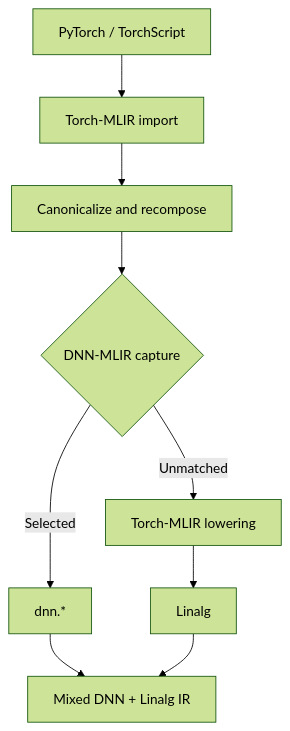
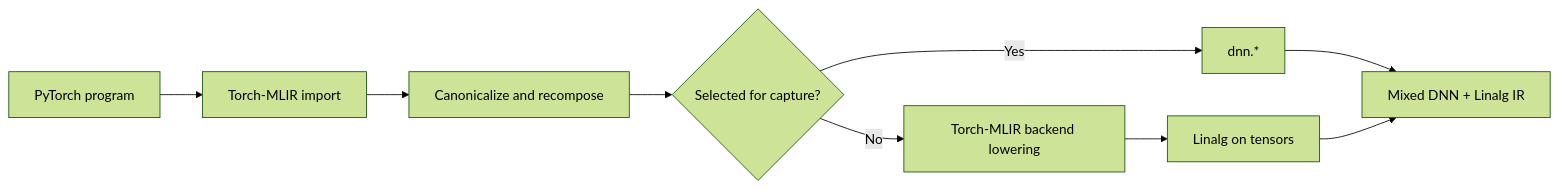
The diagram in README.md (PlatinumCD/dnn-mlir), drawn with Mermaid (forest theme) before and after one commit. The commit also changed other lines of this file and 171 other files, not shown here.

````diff
--- a/README.md
+++ b/README.md
@@ -46,11 +96,11 @@
 ```mermaid
-flowchart TD
-    A[PyTorch / TorchScript] --> B[Torch-MLIR import]
+flowchart LR
+    A[PyTorch program] --> B[Torch-MLIR import]
     B --> C[Canonicalize and recompose]
-    C --> D{DNN-MLIR capture}
-    D -->|Selected| E[dnn.*]
-    D -->|Unmatched| F[Torch-MLIR lowering]
-    F --> G[Linalg]
+    C --> D{Selected for capture?}
+    D -->|Yes| E[dnn.*]
+    D -->|No| F[Torch-MLIR backend lowering]
+    F --> G[Linalg on tensors]
     E --> H[Mixed DNN + Linalg IR]
     G --> H
 ```
````
